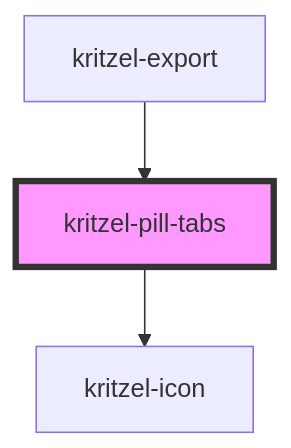
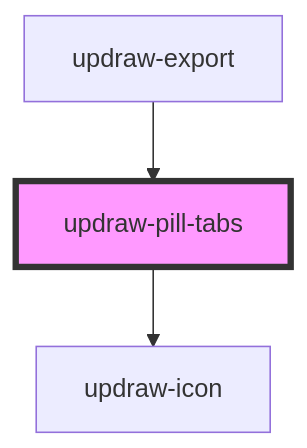
One commit to kasual1/kritzel changed the diagram in libs/editor/core/src/components/updraw-pill-tabs/readme.md. Above: the diagram before and after it, drawn with Mermaid. The commit also changed other lines of this file and 1129 other files, not shown here.

First line of the commit message:
Replace kritzel with updraw across the codebase

````diff
--- a/libs/editor/core/src/components/updraw-pill-tabs/readme.md
+++ b/libs/editor/core/src/components/updraw-pill-tabs/readme.md
@@ -34,6 +34,6 @@
 ```mermaid
 graph TD;
-  kritzel-pill-tabs --> kritzel-icon
-  kritzel-export --> kritzel-pill-tabs
-  style kritzel-pill-tabs fill:#f9f,stroke:#333,stroke-width:4px
+  updraw-pill-tabs --> updraw-icon
+  updraw-export --> updraw-pill-tabs
+  style updraw-pill-tabs fill:#f9f,stroke:#333,stroke-width:4px
 ```
````
